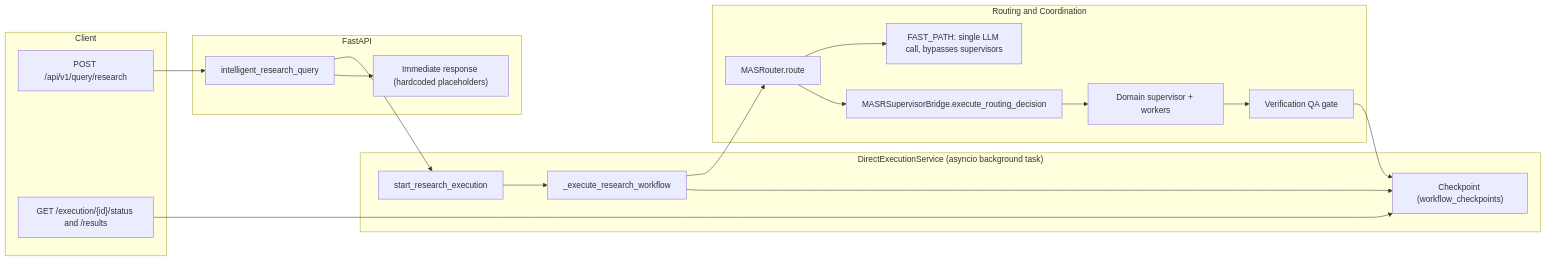
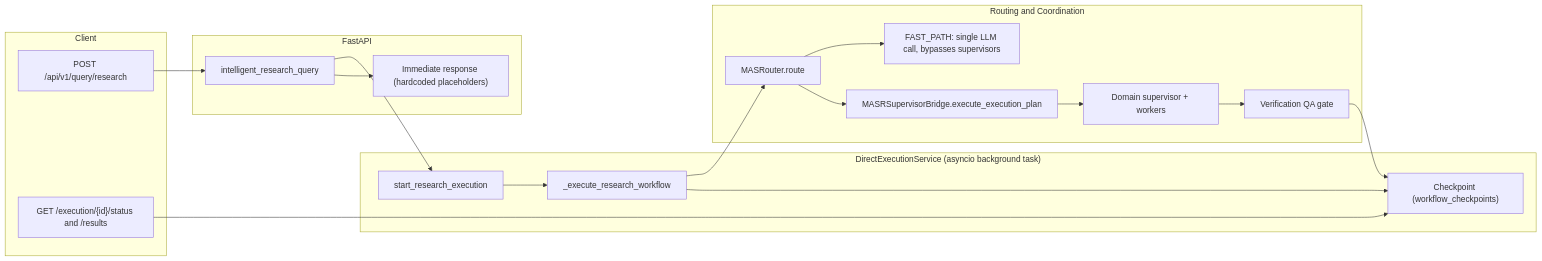
One commit to jsogarro/cerebro changed the second of 8 diagrams in docs/system-architecture-diagrams.md. Above: the diagram before and after it, drawn with Mermaid. The commit also changed 23 other files, not shown here.

````diff
--- a/docs/system-architecture-diagrams.md
+++ b/docs/system-architecture-diagrams.md
@@ -148,39 +148,39 @@
 ```mermaid
 graph LR
     subgraph "Client"
         REQ["POST /api/v1/query/research"]
         POLL["GET /execution/{id}/status and /results"]
     end
 
     subgraph "FastAPI"
         HANDLER["intelligent_research_query"]
         PLACEHOLDER["Immediate response (hardcoded placeholders)"]
     end
 
     subgraph "DirectExecutionService (asyncio background task)"
         START["start_research_execution"]
         WORKFLOW["_execute_research_workflow"]
         CKPT["Checkpoint (workflow_checkpoints)"]
     end
 
     subgraph "Routing and Coordination"
         ROUTE["MASRouter.route"]
         FAST["FAST_PATH: single LLM call, bypasses supervisors"]
-        BRIDGE2["MASRSupervisorBridge.execute_routing_decision"]
+        BRIDGE2["MASRSupervisorBridge.execute_execution_plan"]
         SUPS["Domain supervisor + workers"]
         QA["Verification QA gate"]
     end
 
     REQ --> HANDLER
     HANDLER --> START
     HANDLER --> PLACEHOLDER
     START --> WORKFLOW
     WORKFLOW --> ROUTE
     ROUTE --> FAST
     ROUTE --> BRIDGE2
     BRIDGE2 --> SUPS
     SUPS --> QA
     WORKFLOW --> CKPT
     QA --> CKPT
     POLL --> CKPT
 ```
````
